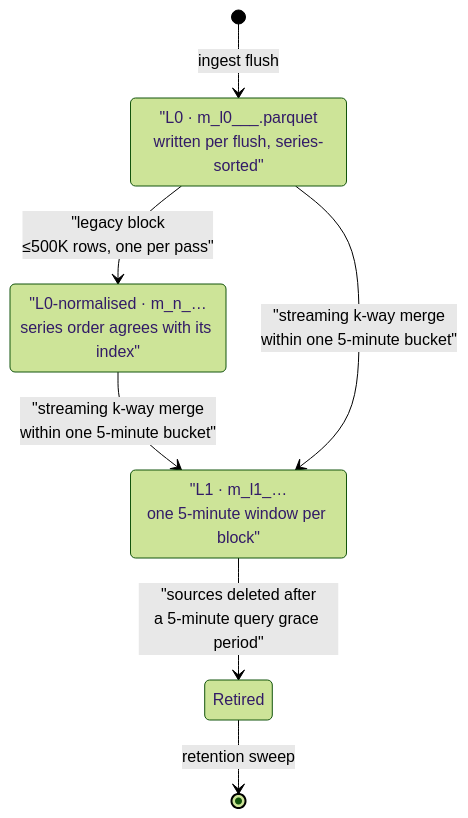
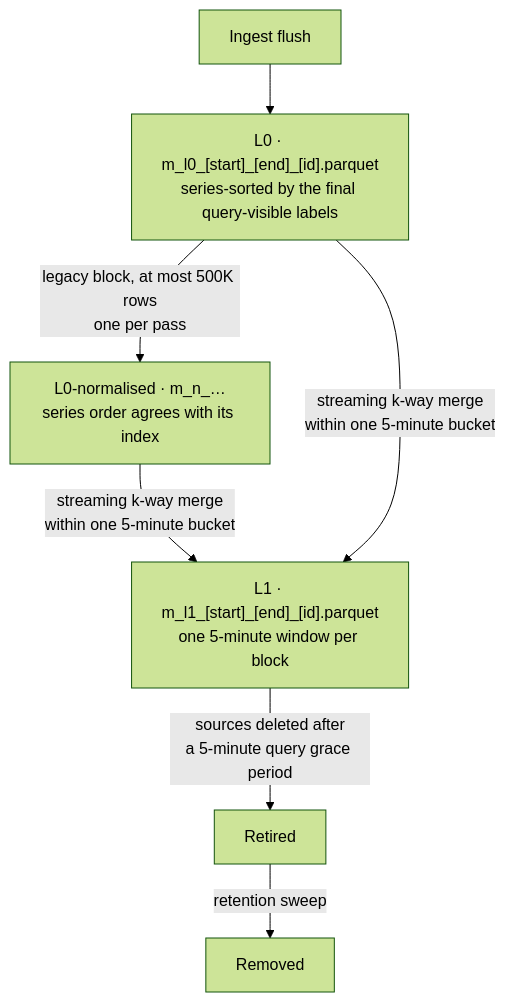
One commit to parqtel/parqtel-oss changed the sixth of 9 diagrams in docs/development/diagrams.md. Above: the diagram before and after it, drawn with Mermaid (forest theme).

Commit message:
docs: render the block lifecycle as a flowchart
The state diagram italicised the file-name prefixes. A flowchart renders them
literally and reads the same.

````diff
--- a/docs/development/diagrams.md
+++ b/docs/development/diagrams.md
@@ -229,12 +229,9 @@
 ```mermaid
-stateDiagram-v2
-    [*] --> Flushed: ingest flush
-    Flushed: "L0 · m_l0_<start>_<end>_<id>.parquet<br/>written per flush, series-sorted"
-    Flushed --> Normalized: "legacy block<br/>≤500K rows, one per pass"
-    Normalized: "L0-normalised · m_n_…<br/>series order agrees with its index"
-    Normalized --> LevelOne: "streaming k-way merge<br/>within one 5-minute bucket"
-    Flushed --> LevelOne: "streaming k-way merge<br/>within one 5-minute bucket"
-    LevelOne: "L1 · m_l1_…<br/>one 5-minute window per block"
-    LevelOne --> Retired: "sources deleted after<br/>a 5-minute query grace period"
-    Retired --> [*]: retention sweep
+flowchart TD
+    F["Ingest flush"] --> L0["L0 · m_l0_[start]_[end]_[id].parquet<br/>series-sorted by the final query-visible labels"]
+    L0 -->|"legacy block, at most 500K rows<br/>one per pass"| N["L0-normalised · m_n_…<br/>series order agrees with its index"]
+    N -->|"streaming k-way merge<br/>within one 5-minute bucket"| L1["L1 · m_l1_[start]_[end]_[id].parquet<br/>one 5-minute window per block"]
+    L0 -->|"streaming k-way merge<br/>within one 5-minute bucket"| L1
+    L1 -->|"sources deleted after<br/>a 5-minute query grace period"| R["Retired"]
+    R -->|"retention sweep"| X["Removed"]
 ```
````
